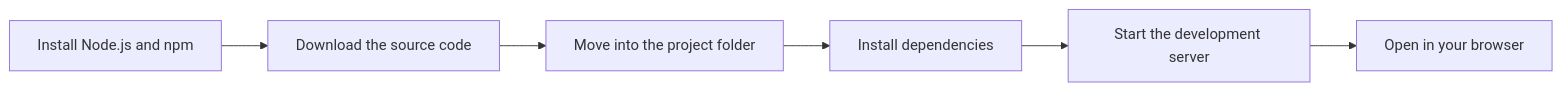
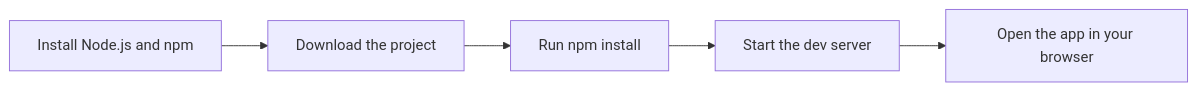
The first of 2 diagrams in api2-documentation/plan_2026-11-02_f8890e/user-facing-docs/system-requirements-and-installation.md (Mohita111/API2), drawn with Mermaid before and after one commit. The commit also changed other lines of this file and 11 other files, not shown here.

````diff
--- a/api2-documentation/plan_2026-11-02_f8890e/user-facing-docs/system-requirements-and-installation.md
+++ b/api2-documentation/plan_2026-11-02_f8890e/user-facing-docs/system-requirements-and-installation.md
@@ -22,8 +17,7 @@
 ```mermaid
 graph LR
-    A["Install Node.js and npm"] --> B[Download the source code]
-    B --> C[Move into the project folder]
-    C --> D[Install dependencies]
-    D --> E[Start the development server]
-    E --> F[Open in your browser]
+    A["Install Node.js and npm"] --> B[Download the project]
+    B --> C[Run npm install]
+    C --> D[Start the dev server]
+    D --> E[Open the app in your browser]
 ```
````
